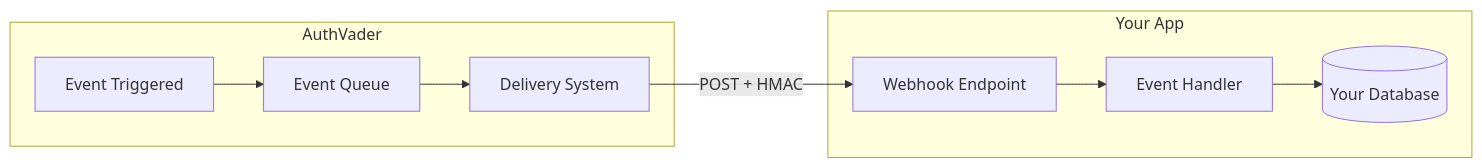
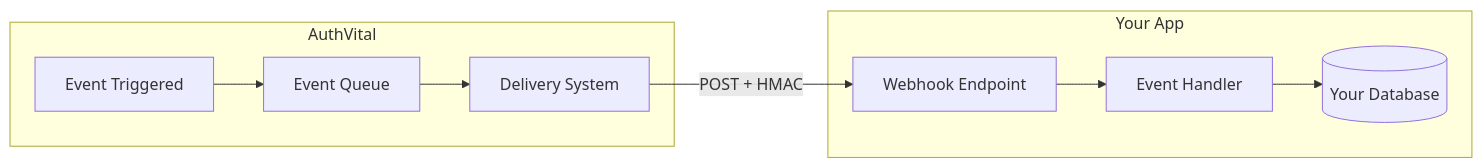
The fifth of 6 diagrams in docs/concepts/architecture.md (fed-stew/authvital), drawn with Mermaid before and after one commit. The commit also changed other lines of this file and 123 other files, not shown here.

````diff
--- a/docs/concepts/architecture.md
+++ b/docs/concepts/architecture.md
@@ -205,20 +205,20 @@
 ```mermaid
 graph LR
-    subgraph "AuthVader"
+    subgraph "AuthVital"
         Event[Event Triggered]
         Queue[Event Queue]
         Deliver[Delivery System]
     end
     
     subgraph "Your App"
         Endpoint[Webhook Endpoint]
         Handler[Event Handler]
         DB[(Your Database)]
     end
     
     Event --> Queue
     Queue --> Deliver
     Deliver -->|POST + HMAC| Endpoint
     Endpoint --> Handler
     Handler --> DB
 ```
````
